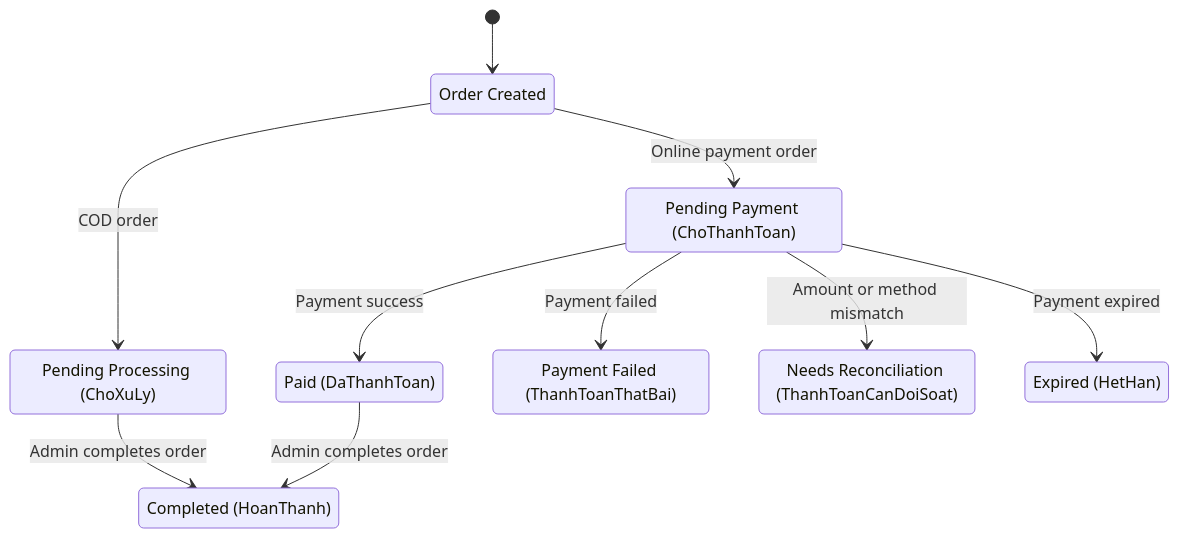
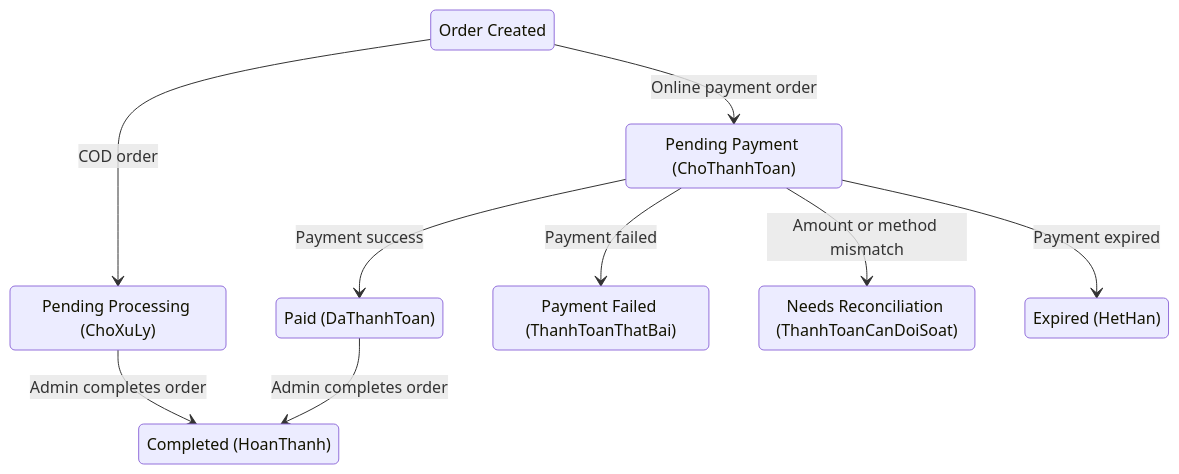
Before and after one commit to ngxuanvan/ReSip-Multi-Payment-E-Commerce: the sixth of 7 diagrams in README.md, drawn with Mermaid.

Commit message:
docs: remove start marker from order status diagram

````diff
--- a/README.md
+++ b/README.md
@@ -194,21 +194,20 @@
 ```mermaid
 stateDiagram-v2
     state "Order Created" as Created
     state "Pending Processing (ChoXuLy)" as PendingProcessing
     state "Pending Payment (ChoThanhToan)" as PendingPayment
     state "Paid (DaThanhToan)" as Paid
     state "Payment Failed (ThanhToanThatBai)" as PaymentFailed
     state "Needs Reconciliation (ThanhToanCanDoiSoat)" as Reconciliation
     state "Expired (HetHan)" as Expired
     state "Completed (HoanThanh)" as Completed
 
-    [*] --> Created
     Created --> PendingProcessing: COD order
     Created --> PendingPayment: Online payment order
     PendingPayment --> Paid: Payment success
     PendingPayment --> PaymentFailed: Payment failed
     PendingPayment --> Reconciliation: Amount or method mismatch
     PendingPayment --> Expired: Payment expired
     PendingProcessing --> Completed: Admin completes order
     Paid --> Completed: Admin completes order
 ```
````
